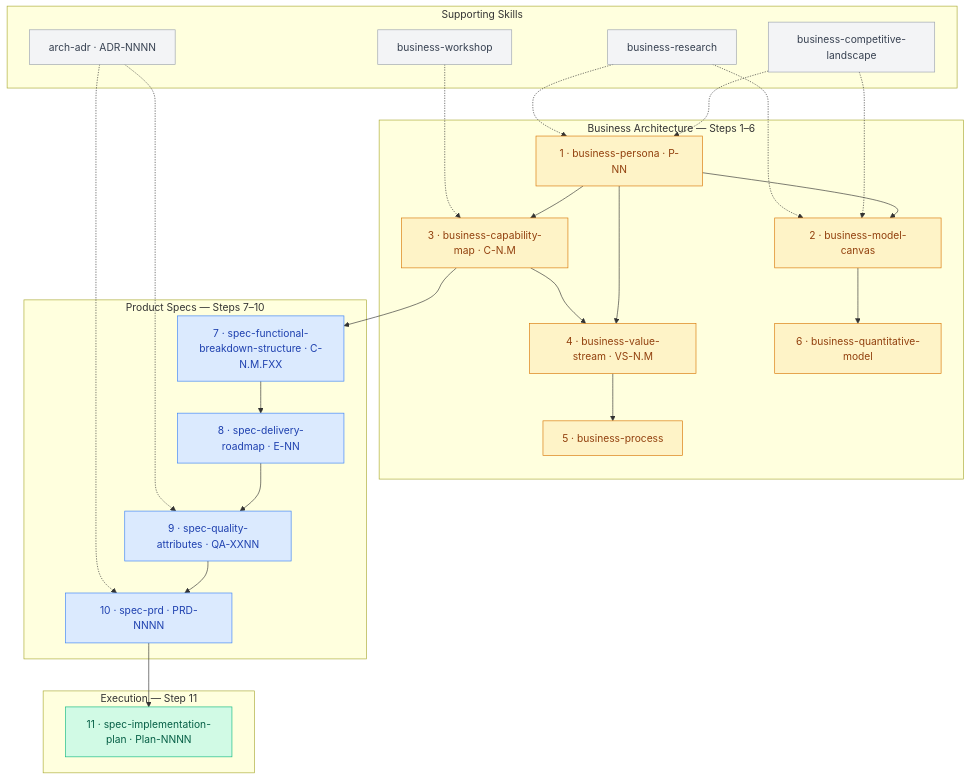
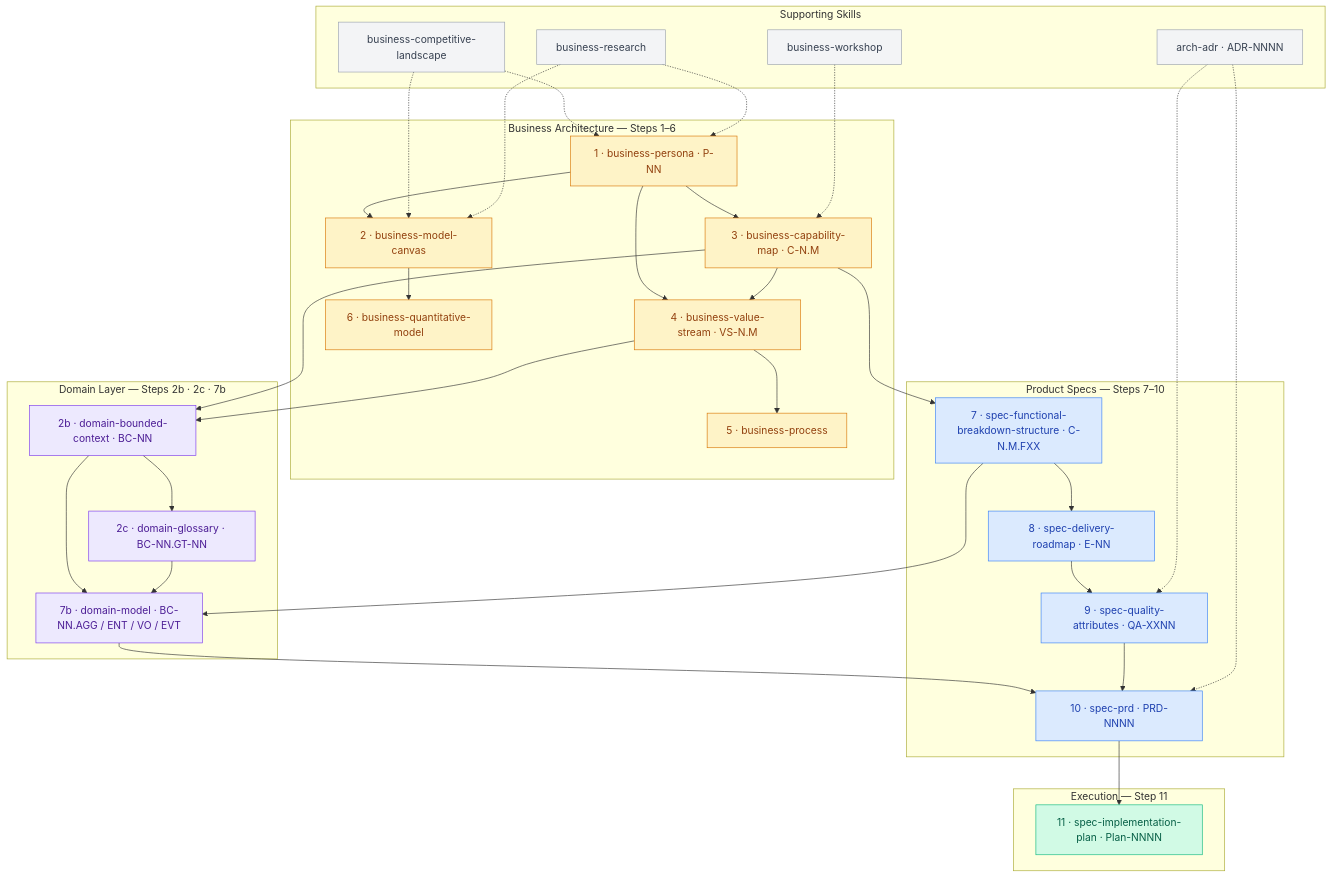
The first of 2 diagrams in README.md (VictorHueni/homemade-claude-kit), drawn with Mermaid before and after one commit. The commit also changed other lines of this file and 15 other files, not shown here.

First line of the commit message:
feat(ddd): add Domain-Driven Design skill set — bounded context, glossary, domain model

````diff
--- a/README.md
+++ b/README.md
@@ -15,53 +15,67 @@
 ```mermaid
 flowchart TD
     classDef business fill:#FEF3C7,stroke:#D97706,color:#92400E
+    classDef domain   fill:#EDE9FE,stroke:#7C3AED,color:#4C1D95
     classDef specs    fill:#DBEAFE,stroke:#3B82F6,color:#1E40AF
     classDef delivery fill:#D1FAE5,stroke:#10B981,color:#065F46
     classDef support  fill:#F3F4F6,stroke:#9CA3AF,color:#374151
 
     subgraph BA["Business Architecture — Steps 1–6"]
         S1["1 · business-persona · P-NN"]:::business
         S2["2 · business-model-canvas"]:::business
         S3["3 · business-capability-map · C-N.M"]:::business
         S4["4 · business-value-stream · VS-N.M"]:::business
         S5["5 · business-process"]:::business
         S6["6 · business-quantitative-model"]:::business
+    end
+
+    subgraph DOM["Domain Layer — Steps 2b · 2c · 7b"]
+        S2b["2b · domain-bounded-context · BC-NN"]:::domain
+        S2c["2c · domain-glossary · BC-NN.GT-NN"]:::domain
+        S7b["7b · domain-model · BC-NN.AGG / ENT / VO / EVT"]:::domain
     end
 
     subgraph PS["Product Specs — Steps 7–10"]
         S7["7 · spec-functional-breakdown-structure · C-N.M.FXX"]:::specs
         S8["8 · spec-delivery-roadmap · E-NN"]:::specs
         S9["9 · spec-quality-attributes · QA-XXNN"]:::specs
         S10["10 · spec-prd · PRD-NNNN"]:::specs
     end
 
     subgraph EX["Execution — Step 11"]
         S11["11 · spec-implementation-plan · Plan-NNNN"]:::delivery
     end
 
     subgraph SUP["Supporting Skills"]
         ADR["arch-adr · ADR-NNNN"]:::support
         CL["business-competitive-landscape"]:::support
         RES["business-research"]:::support
         WS["business-workshop"]:::support
     end
 
     S1 --> S2
     S1 --> S3
     S1 --> S4
     S3 --> S4
     S4 --> S5
     S2 --> S6
+    S3 --> S2b
+    S4 --> S2b
+    S2b --> S2c
+    S2b --> S7b
     S3 --> S7
+    S7 --> S7b
+    S2c --> S7b
     S7 --> S8
+    S7b --> S10
     S8 --> S9
     S9 --> S10
     S10 --> S11
     ADR -.-> S9
     ADR -.-> S10
     CL -.-> S1
     CL -.-> S2
     RES -.-> S1
     RES -.-> S2
     WS -.-> S3
 ```
````
